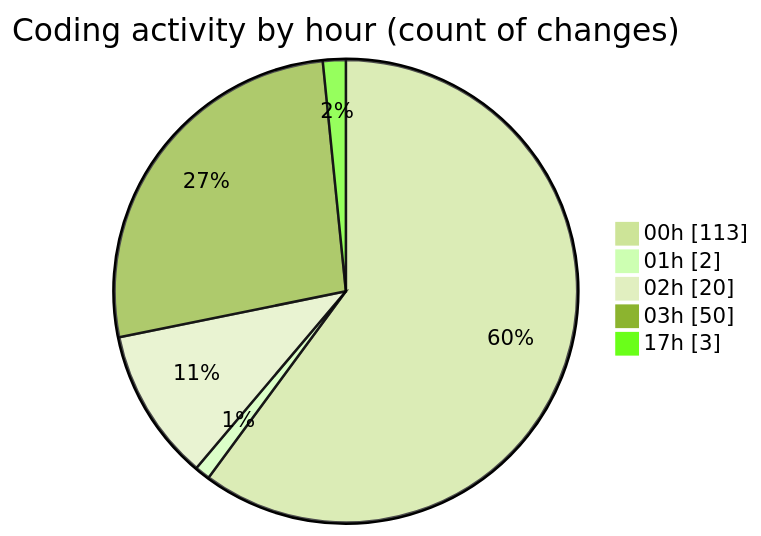
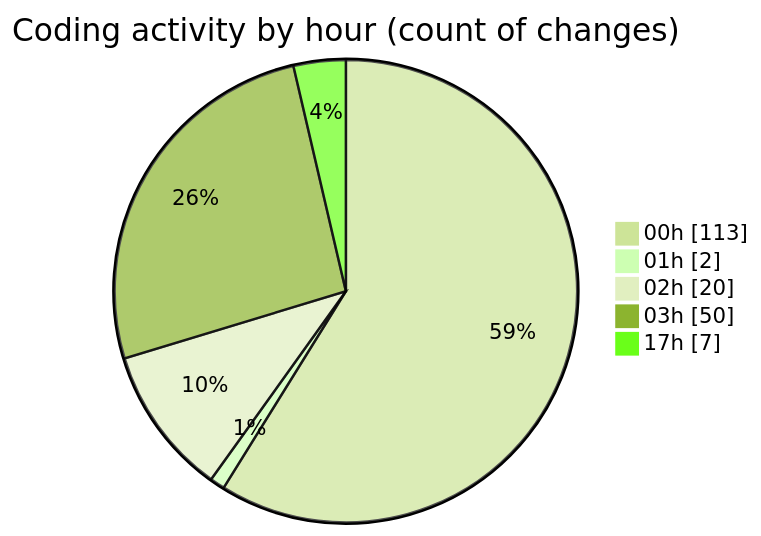
Before and after one commit to lephambinh05/code-tracking: the second of 2 diagrams in 2025-08-06/napxuvn/README.md, drawn with Mermaid (forest theme). The commit also changed other lines of this file and 1 other file, not shown here.

````diff
--- a/2025-08-06/napxuvn/README.md
+++ b/2025-08-06/napxuvn/README.md
@@ -124,9 +126,9 @@
 ```mermaid
 pie showData
 title Coding activity by hour (count of changes)
 "00h" : 113
 "01h" : 2
 "02h" : 20
 "03h" : 50
-"17h" : 3
+"17h" : 7
 ```
````
